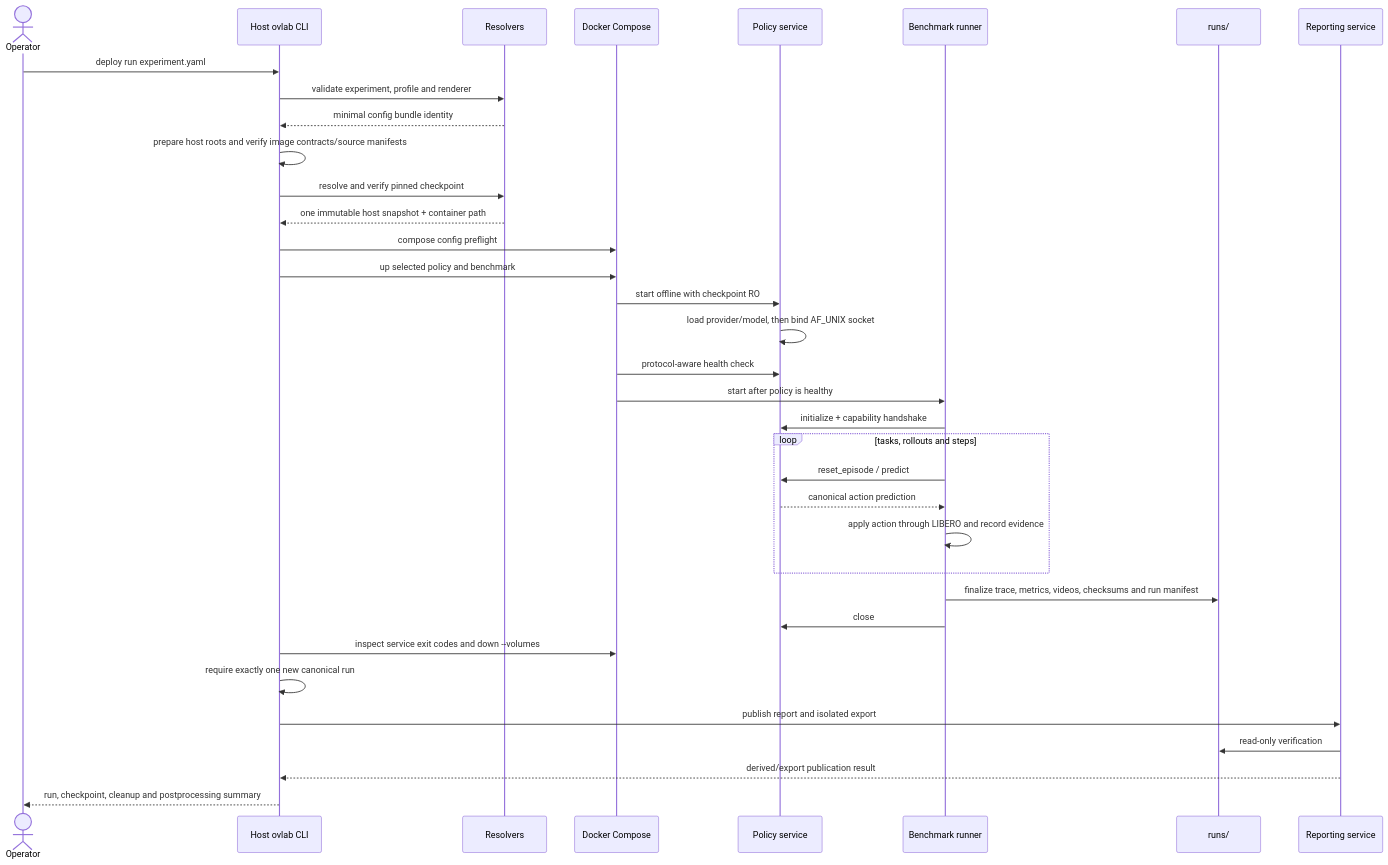
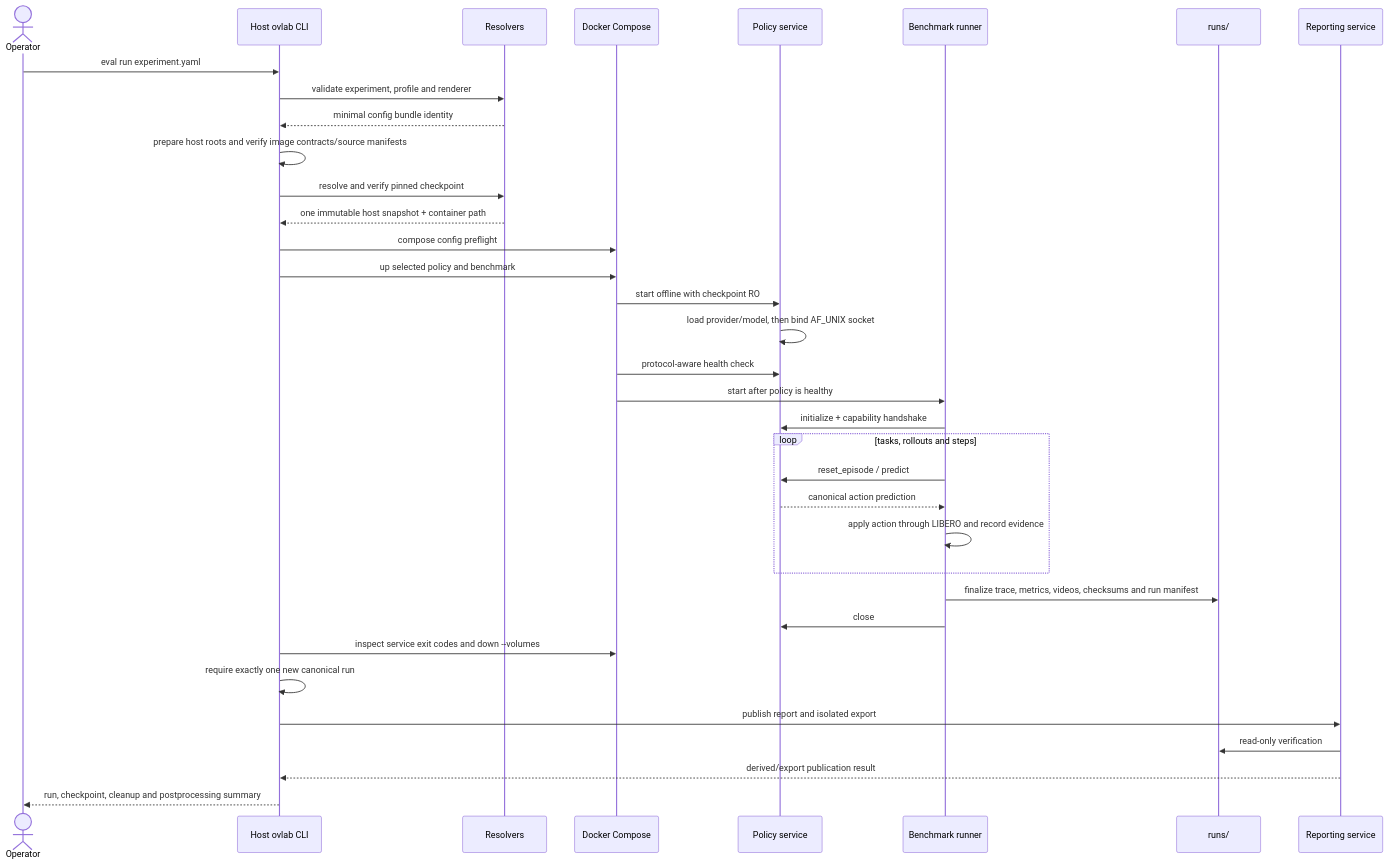
The fifth of 9 diagrams in ARCHITECTURE.md (kon0327/ovlab), drawn with Mermaid before and after one commit. The commit also changed other lines of this file and 94 other files, not shown here.

````diff
--- a/ARCHITECTURE.md
+++ b/ARCHITECTURE.md
@@ -298,38 +298,38 @@
 ```mermaid
 sequenceDiagram
     actor U as Operator
     participant C as Host ovlab CLI
     participant R as Resolvers
     participant D as Docker Compose
     participant P as Policy service
     participant B as Benchmark runner
     participant S as runs/
     participant O as Reporting service
 
-    U->>C: deploy run experiment.yaml
+    U->>C: eval run experiment.yaml
     C->>R: validate experiment, profile and renderer
     R-->>C: minimal config bundle identity
     C->>C: prepare host roots and verify image contracts/source manifests
     C->>R: resolve and verify pinned checkpoint
     R-->>C: one immutable host snapshot + container path
     C->>D: compose config preflight
     C->>D: up selected policy and benchmark
     D->>P: start offline with checkpoint RO
     P->>P: load provider/model, then bind AF_UNIX socket
     D->>P: protocol-aware health check
     D->>B: start after policy is healthy
     B->>P: initialize + capability handshake
     loop tasks, rollouts and steps
         B->>P: reset_episode / predict
         P-->>B: canonical action prediction
         B->>B: apply action through LIBERO and record evidence
     end
     B->>S: finalize trace, metrics, videos, checksums and run manifest
     B->>P: close
     C->>D: inspect service exit codes and down --volumes
     C->>C: require exactly one new canonical run
     C->>O: publish report and isolated export
     O->>S: read-only verification
     O-->>C: derived/export publication result
     C-->>U: run, checkpoint, cleanup and postprocessing summary
 ```
````
